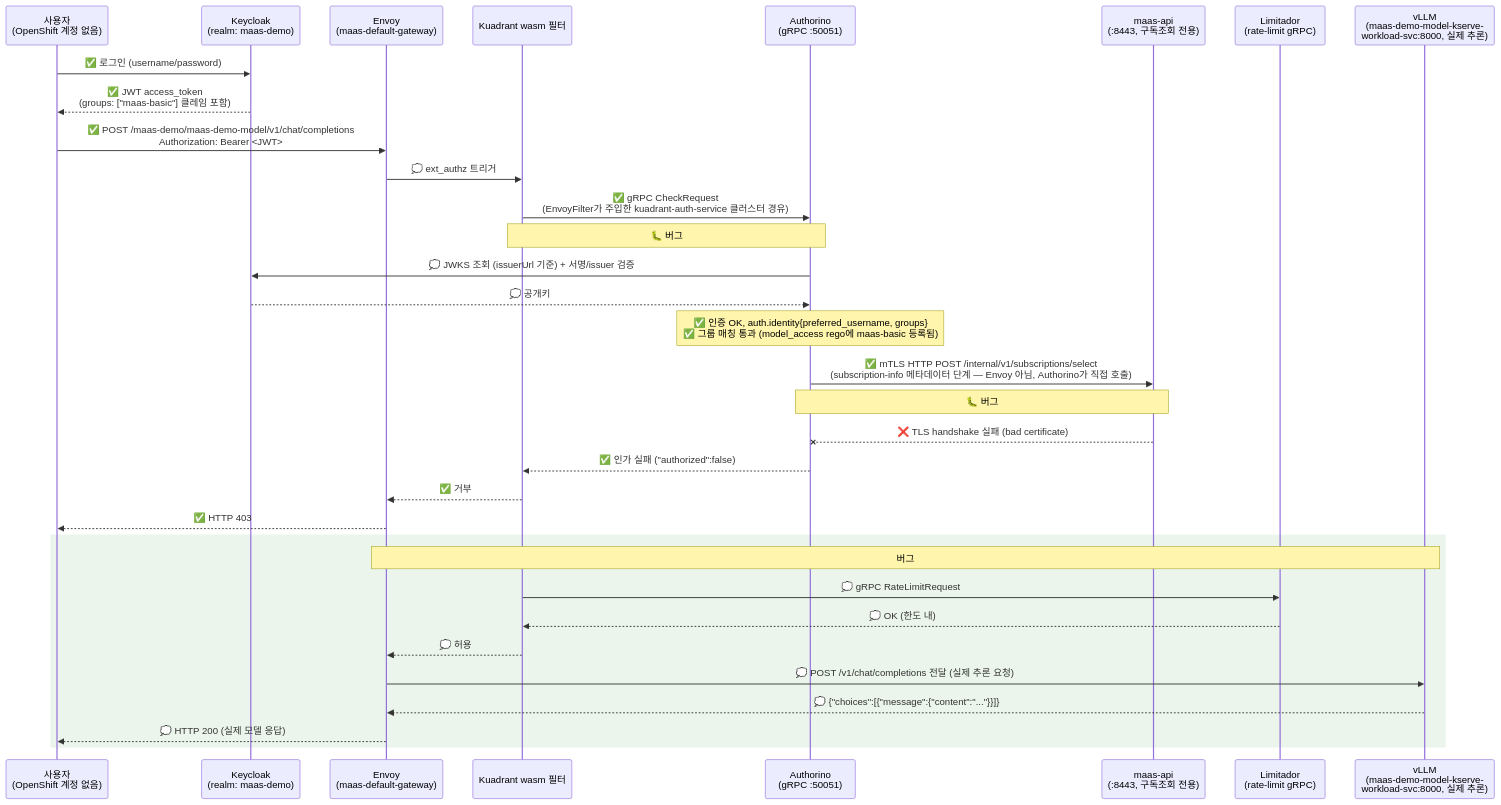
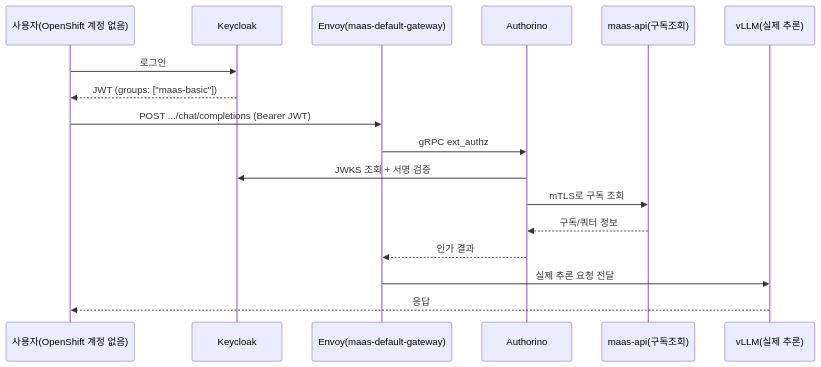
Before and after one commit to jangminjun/openshift-ai-maas-demo: the diagram in docs/scenarios/17-maas-external-oidc-auth.md, drawn with Mermaid. The commit also changed other lines of this file, not shown here.

First line of the commit message:
Trim scenario 17 doc to purpose/flow/procedure/results

````diff
--- a/docs/scenarios/17-maas-external-oidc-auth.md
+++ b/docs/scenarios/17-maas-external-oidc-auth.md
@@ -54,40 +19,20 @@
 ```mermaid
 sequenceDiagram
-    participant U as 사용자<br/>(OpenShift 계정 없음)
-    participant IDP as Keycloak<br/>(realm: maas-demo)
-    participant Envoy as Envoy<br/>(maas-default-gateway)
-    participant Wasm as Kuadrant wasm 필터
-    participant AU as Authorino<br/>(gRPC :50051)
-    participant MAPI as maas-api<br/>(:8443, 구독조회 전용)
-    participant LIM as Limitador<br/>(rate-limit gRPC)
-    participant VLLM as vLLM<br/>(maas-demo-model-kserve-<br/>workload-svc:8000, 실제 추론)
+    participant U as 사용자(OpenShift 계정 없음)
+    participant IDP as Keycloak
+    participant Envoy as Envoy(maas-default-gateway)
+    participant AU as Authorino
+    participant MAPI as maas-api(구독조회)
+    participant VLLM as vLLM(실제 추론)
 
-    U->>IDP: ✅ 로그인 (username/password)
-    IDP-->>U: ✅ JWT access_token<br/>(groups: ["maas-basic"] 클레임 포함)
-
-    U->>Envoy: ✅ POST /maas-demo/maas-demo-model/v1/chat/completions<br/>Authorization: Bearer <JWT>
-    Envoy->>Wasm: 💭 ext_authz 트리거
-
-    Wasm->>AU: ✅ gRPC CheckRequest<br/>(EnvoyFilter가 주입한 kuadrant-auth-service 클러스터 경유)
-    Note over Wasm,AU: 🐛 버그#2(해결됨) — 이 클러스터에 TLS 설정이 없어<br/>평문으로 연결 시도했었음. listener.tls.enabled=false로 맞춤.
-    AU->>IDP: 💭 JWKS 조회 (issuerUrl 기준) + 서명/issuer 검증
-    IDP-->>AU: 💭 공개키
-    Note over AU: ✅ 인증 OK, auth.identity{preferred_username, groups}<br/>✅ 그룹 매칭 통과 (model_access rego에 maas-basic 등록됨)
-
-    AU->>MAPI: ✅ mTLS HTTP POST /internal/v1/subscriptions/select<br/>(subscription-info 메타데이터 단계 — Envoy 아님, Authorino가 직접 호출)
-    Note over AU,MAPI: 🐛 버그#4(미해결) — maas-api가 Authorino의 클라이언트<br/>인증서를 거부: "remote error: tls: bad certificate".<br/>실측: 에러 로그의 소스 IP(10.131.0.46)가 Authorino 파드<br/>IP와 정확히 일치 (Envoy 파드 IP와는 다름) — Gateway가<br/>아니라 Authorino가 이 mTLS를 직접 거는 것을 IP로 확정함.
-    MAPI--xAU: ❌ TLS handshake 실패 (bad certificate)
-    AU-->>Wasm: ✅ 인가 실패 ("authorized":false)
-    Wasm-->>Envoy: ✅ 거부
-    Envoy-->>U: ✅ HTTP 403
-
-    rect rgb(235, 245, 235)
-    Note over Envoy,VLLM: 버그#4가 해결되면 이 아래로 이어져야 함 (아직 도달 못 해봄)
-    Wasm->>LIM: 💭 gRPC RateLimitRequest
-    LIM-->>Wasm: 💭 OK (한도 내)
-    Wasm-->>Envoy: 💭 허용
-    Envoy->>VLLM: 💭 POST /v1/chat/completions 전달 (실제 추론 요청)
-    VLLM-->>Envoy: 💭 {"choices":[{"message":{"content":"..."}}]}
-    Envoy-->>U: 💭 HTTP 200 (실제 모델 응답)
-    end
+    U->>IDP: 로그인
+    IDP-->>U: JWT (groups: ["maas-basic"])
+    U->>Envoy: POST .../chat/completions (Bearer JWT)
+    Envoy->>AU: gRPC ext_authz
+    AU->>IDP: JWKS 조회 + 서명 검증
+    AU->>MAPI: mTLS로 구독 조회
+    MAPI-->>AU: 구독/쿼터 정보
+    AU-->>Envoy: 인가 결과
+    Envoy->>VLLM: 실제 추론 요청 전달
+    VLLM-->>U: 응답
 ```
````
